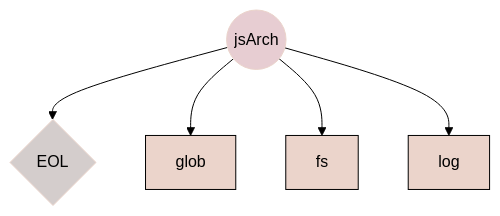
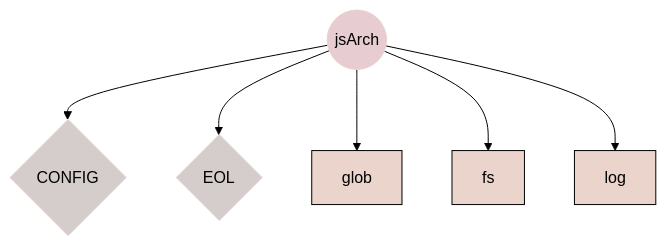
Before and after one commit to nfroidure/jsarch: the diagram in DEPENDENCIES.mmd, drawn with Mermaid (forest theme). The commit also changed 6 other files, not shown here.

```diff
--- a/DEPENDENCIES.mmd
+++ b/DEPENDENCIES.mmd
@@ -1,13 +1,15 @@
 graph TD
+  jsArch((jsArch))-->CONFIG{CONFIG}
   jsArch((jsArch))-->EOL{EOL}
   jsArch((jsArch))-->glob
   jsArch((jsArch))-->fs
   jsArch((jsArch))-->log
   classDef jsarch fill:#e7cdd2,stroke:#ebd4cb,stroke-width:1px;
   classDef config fill:#d4cdcc,stroke:#ebd4cb,stroke-width:1px;
   classDef others fill:#ebd4cb,stroke:#000,stroke-width:1px;
   class jsArch jsarch;
+  class CONFIG config;
   class EOL config;
   class glob others;
   class fs others;
   class log others;
```
